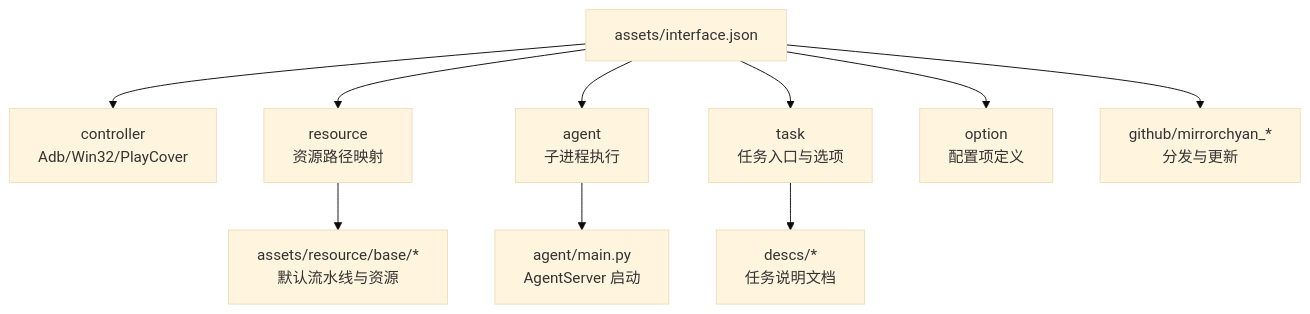
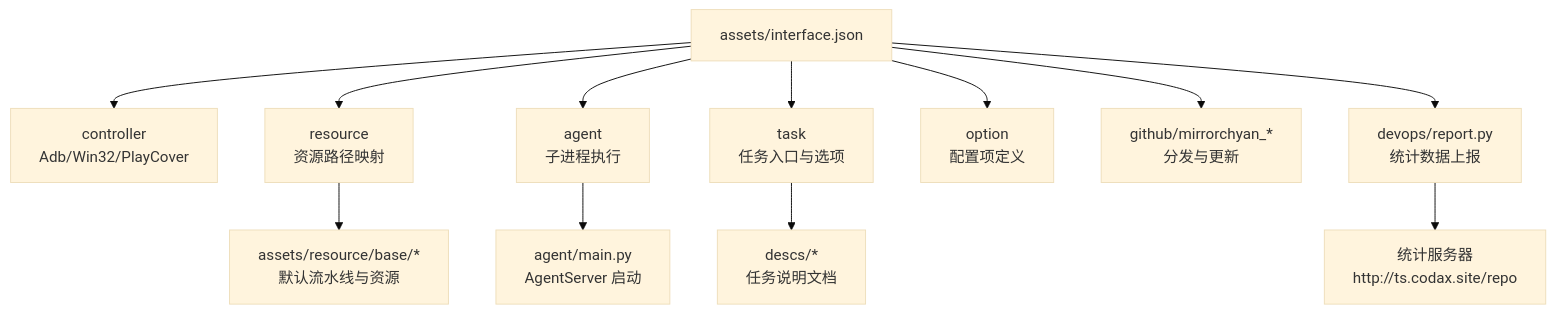
The first of 7 diagrams in .qoder/repowiki/zh/content/系统架构与设计/配置体系与资源管理/界面接口配置/界面接口配置.md (kqcoxn/MaaDuDuL), drawn with Mermaid (base theme) before and after one commit. The commit also changed other lines of this file and 9 other files, not shown here.

````diff
--- a/.qoder/repowiki/zh/content/系统架构与设计/配置体系与资源管理/界面接口配置/界面接口配置.md
+++ b/.qoder/repowiki/zh/content/系统架构与设计/配置体系与资源管理/界面接口配置/界面接口配置.md
@@ -40,12 +53,14 @@
 ```mermaid
 graph TB
 A["assets/interface.json"] --> B["controller<br/>Adb/Win32/PlayCover"]
 A --> C["resource<br/>资源路径映射"]
 A --> D["agent<br/>子进程执行"]
 A --> E["task<br/>任务入口与选项"]
 A --> F["option<br/>配置项定义"]
 A --> G["github/mirrorchyan_*<br/>分发与更新"]
-C --> H["assets/resource/base/*<br/>默认流水线与资源"]
-E --> I["descs/*<br/>任务说明文档"]
-D --> J["agent/main.py<br/>AgentServer 启动"]
+A --> H["devops/report.py<br/>统计数据上报"]
+C --> I["assets/resource/base/*<br/>默认流水线与资源"]
+E --> J["descs/*<br/>任务说明文档"]
+D --> K["agent/main.py<br/>AgentServer 启动"]
+H --> L["统计服务器<br/>http://ts.codax.site/repo"]
 ```
````
